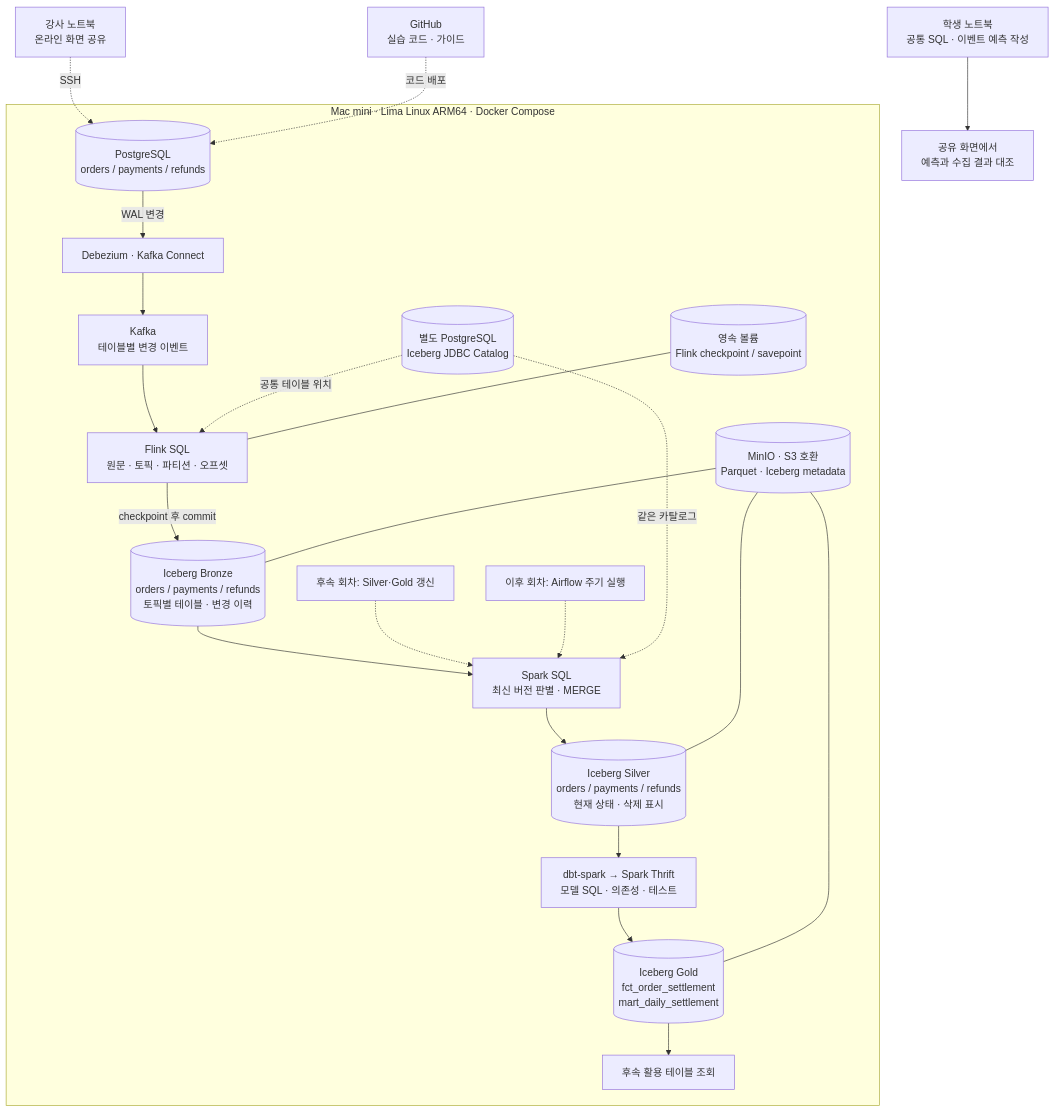
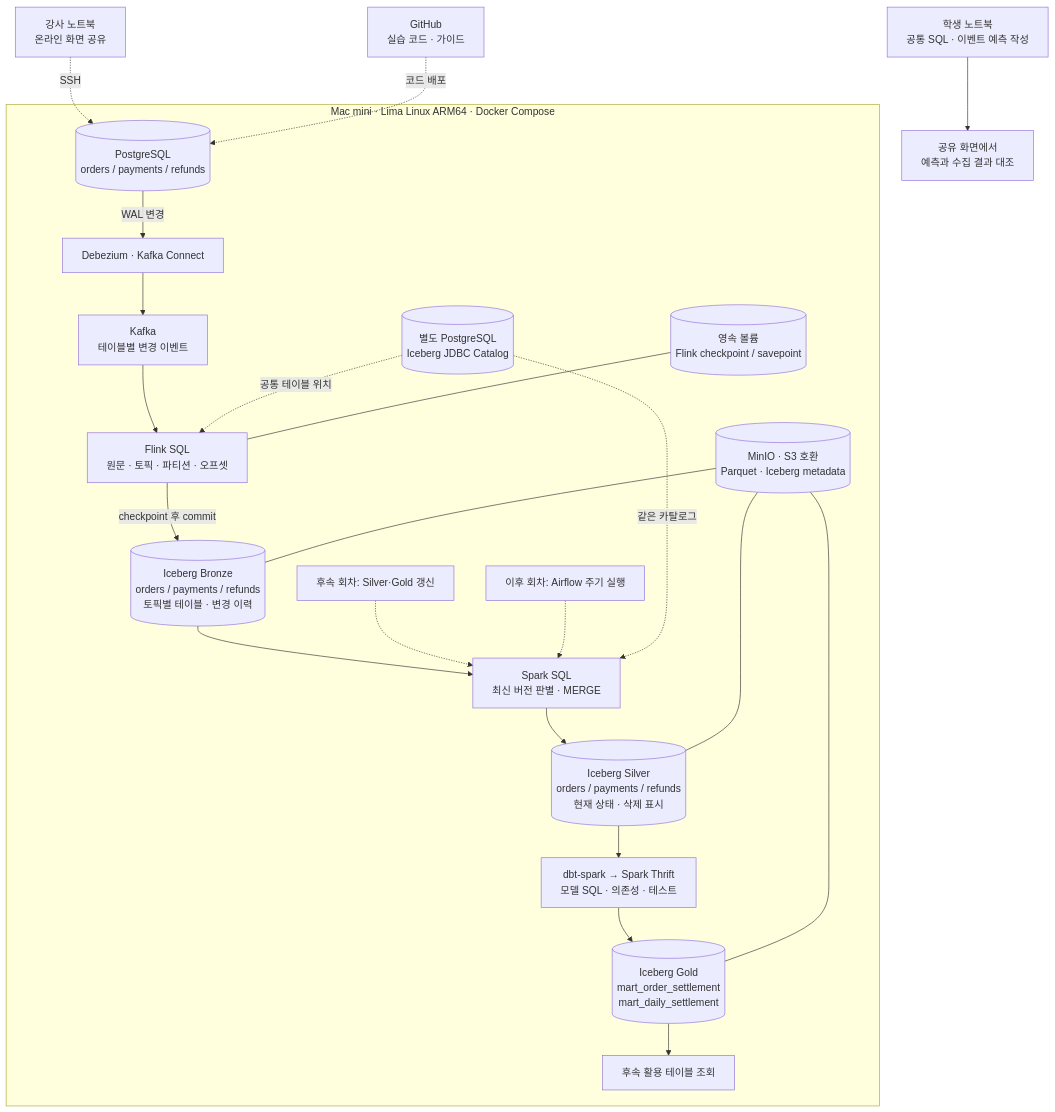
Before and after one commit to kim-dabin/cdc-lakehouse-study: the first of 2 diagrams in labs/session01/architecture.md, drawn with Mermaid. The commit also changed 10 other files, not shown here.

First line of the commit message:
Rename the Gold order table to mart_order_settlement

````diff
--- a/labs/session01/architecture.md
+++ b/labs/session01/architecture.md
@@ -19,25 +19,25 @@
 ```mermaid
 flowchart TB
   student[학생 노트북<br/>공통 SQL · 이벤트 예측 작성] --> comparison[공유 화면에서<br/>예측과 수집 결과 대조]
   teacher[강사 노트북<br/>온라인 화면 공유] -. SSH .-> pg
   repo[GitHub<br/>실습 코드 · 가이드] -. 코드 배포 .-> pg
   subgraph mini[Mac mini · Lima Linux ARM64 · Docker Compose]
     pg[(PostgreSQL<br/>orders / payments / refunds)] -->|WAL 변경| debezium[Debezium · Kafka Connect]
     debezium --> kafka[Kafka<br/>테이블별 변경 이벤트]
     kafka --> flink[Flink SQL<br/>원문 · 토픽 · 파티션 · 오프셋]
     flink -->|checkpoint 후 commit| bronze[(Iceberg Bronze<br/>orders / payments / refunds<br/>토픽별 테이블 · 변경 이력)]
     bronze --> spark[Spark SQL<br/>최신 버전 판별 · MERGE]
     spark --> silver[(Iceberg Silver<br/>orders / payments / refunds<br/>현재 상태 · 삭제 표시)]
     silver --> dbt[dbt-spark → Spark Thrift<br/>모델 SQL · 의존성 · 테스트]
-    dbt --> gold[(Iceberg Gold<br/>fct_order_settlement<br/>mart_daily_settlement)]
+    dbt --> gold[(Iceberg Gold<br/>mart_order_settlement<br/>mart_daily_settlement)]
     gold --> result[후속 활용 테이블 조회]
     manual[후속 회차: Silver·Gold 갱신] -.-> spark
     airflow[이후 회차: Airflow 주기 실행] -.-> spark
     catalog[(별도 PostgreSQL<br/>Iceberg JDBC Catalog)] -. 공통 테이블 위치 .-> flink
     catalog -. 같은 카탈로그 .-> spark
     objectstore[(MinIO · S3 호환<br/>Parquet · Iceberg metadata)] --- bronze
     objectstore --- silver
     objectstore --- gold
     checkpoint[(영속 볼륨<br/>Flink checkpoint / savepoint)] --- flink
   end
 ```
````
